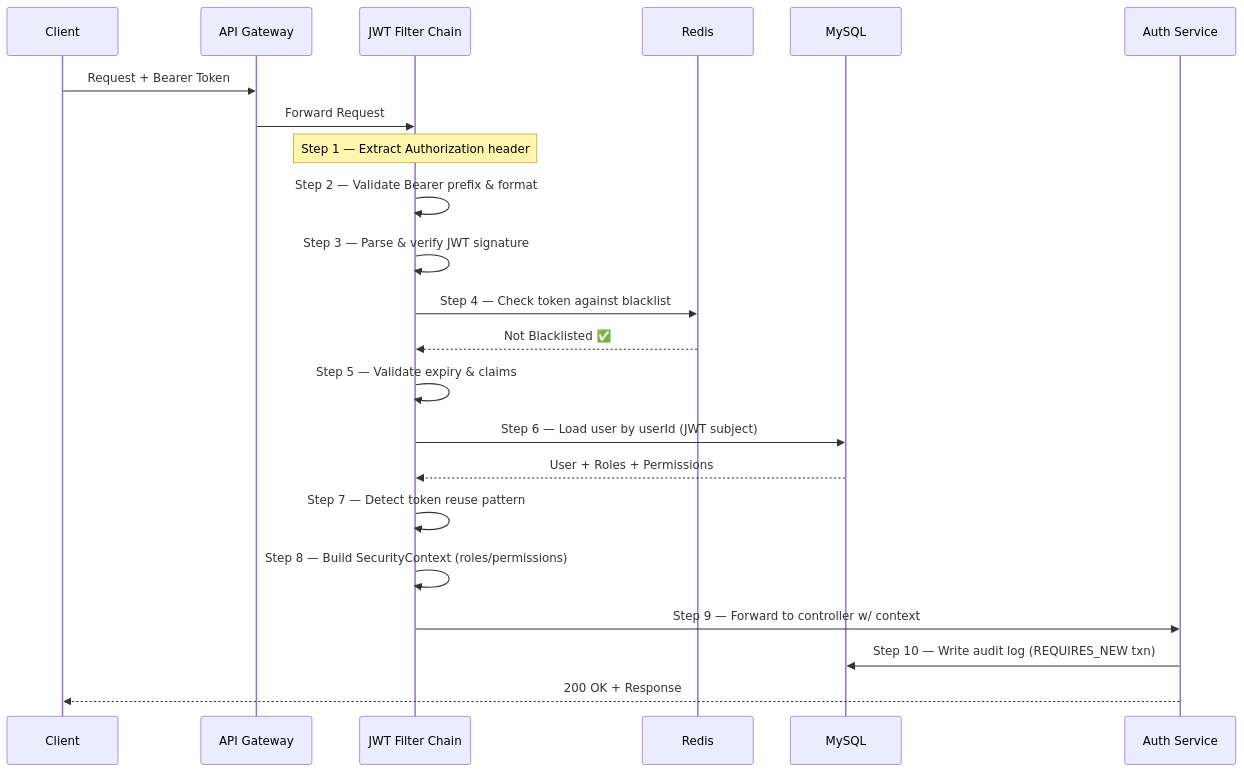
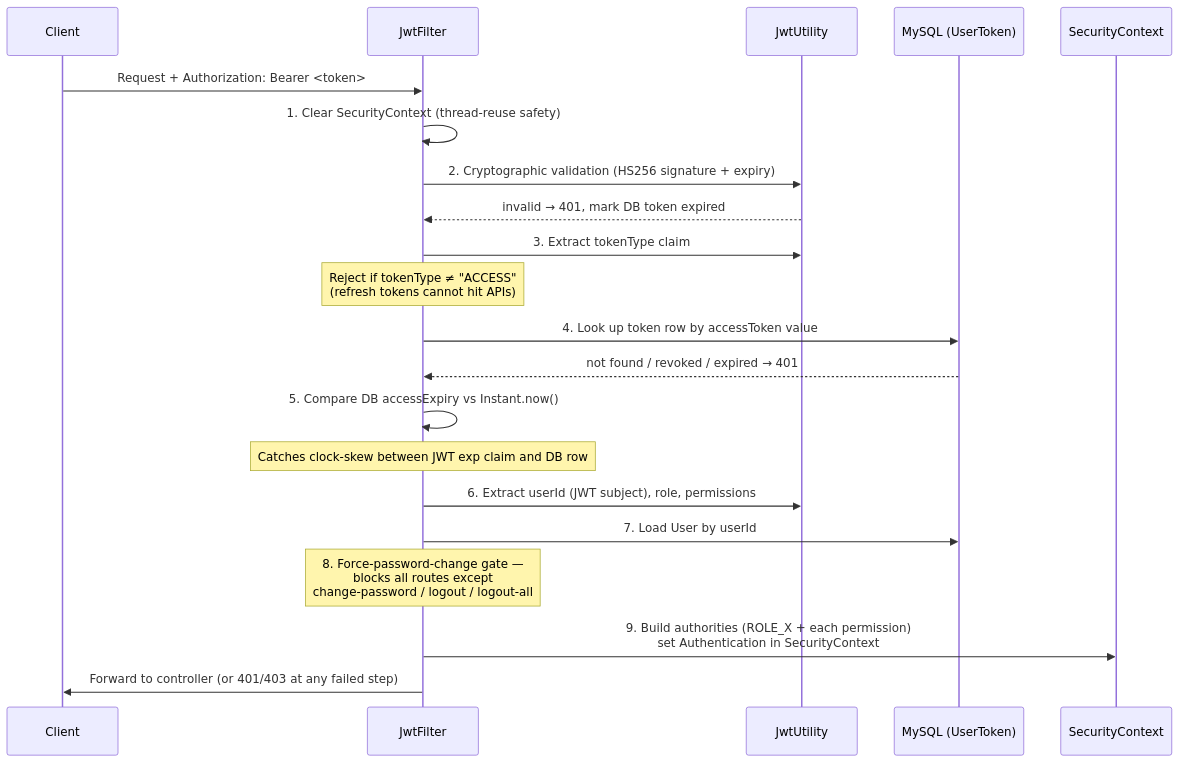
One commit to amarenderreddyvoladri/production-prototype-security-template changed the second of 8 diagrams in README.md. Above: the diagram before and after it, drawn with Mermaid. The commit also changed other lines of this file, not shown here.

````diff
--- a/README.md
+++ b/README.md
@@ -110,26 +108,29 @@
 ```mermaid
 sequenceDiagram
     participant C as Client
-    participant GW as API Gateway
-    participant F as JWT Filter Chain
-    participant R as Redis
-    participant DB as MySQL
-    participant S as Auth Service
+    participant F as JwtFilter
+    participant U as JwtUtility
+    participant DB as MySQL (UserToken)
+    participant SC as SecurityContext
 
-    C->>GW: Request + Bearer Token
-    GW->>F: Forward Request
+    C->>F: Request + Authorization: Bearer <token>
+    F->>F: 1. Clear SecurityContext (thread-reuse safety)
+    F->>U: 2. Cryptographic validation (HS256 signature + expiry)
+    U-->>F: invalid → 401, mark DB token expired
 
-    Note over F: Step 1 — Extract Authorization header
-    F->>F: Step 2 — Validate Bearer prefix & format
-    F->>F: Step 3 — Parse & verify JWT signature
-    F->>R: Step 4 — Check token against blacklist
-    R-->>F: Not Blacklisted ✅
-    F->>F: Step 5 — Validate expiry & claims
-    F->>DB: Step 6 — Load user by userId (JWT subject)
-    DB-->>F: User + Roles + Permissions
-    F->>F: Step 7 — Detect token reuse pattern
-    F->>F: Step 8 — Build SecurityContext (roles/permissions)
-    F->>S: Step 9 — Forward to controller w/ context
-    S->>DB: Step 10 — Write audit log (REQUIRES_NEW txn)
-    S-->>C: 200 OK + Response
+    F->>U: 3. Extract tokenType claim
+    Note over F: Reject if tokenType ≠ "ACCESS"<br/>(refresh tokens cannot hit APIs)
+
+    F->>DB: 4. Look up token row by accessToken value
+    DB-->>F: not found / revoked / expired → 401
+
+    F->>F: 5. Compare DB accessExpiry vs Instant.now()
+    Note over F: Catches clock-skew between JWT exp claim and DB row
+
+    F->>U: 6. Extract userId (JWT subject), role, permissions
+    F->>DB: 7. Load User by userId
+    Note over F: 8. Force-password-change gate —<br/>blocks all routes except<br/>change-password / logout / logout-all
+
+    F->>SC: 9. Build authorities (ROLE_X + each permission)<br/>set Authentication in SecurityContext
+    F->>C: Forward to controller (or 401/403 at any failed step)
 ```
````
